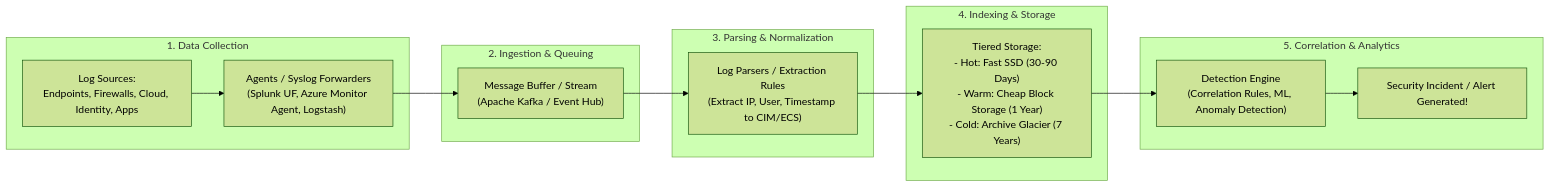
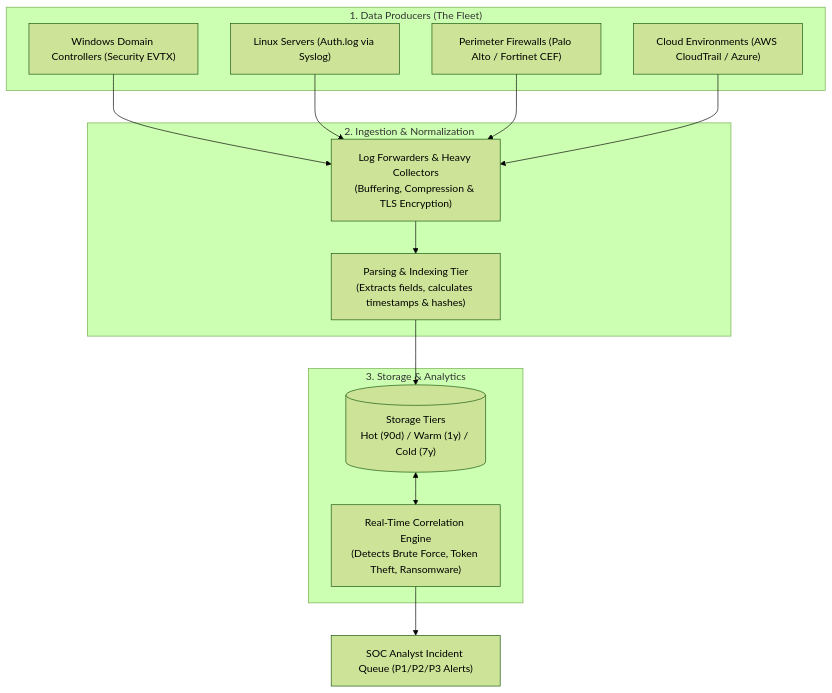
Before and after one commit to varunks04/CBS-Roleplay: the first of 2 diagrams in SOC/03_Technologies_and_Architectures/01_SIEM_Architecture_and_Data_Ingestion.md, drawn with Mermaid (forest theme). The commit also changed other lines of this file and 40 other files, not shown here.

````diff
--- a/SOC/03_Technologies_and_Architectures/01_SIEM_Architecture_and_Data_Ingestion.md
+++ b/SOC/03_Technologies_and_Architectures/01_SIEM_Architecture_and_Data_Ingestion.md
@@ -21,23 +29,21 @@
 ```mermaid
-flowchart LR
-    subgraph "1. Data Collection"
-        Sources["Log Sources:<br>Endpoints, Firewalls, Cloud, Identity, Apps"] --> Agents["Agents / Syslog Forwarders<br>(Splunk UF, Azure Monitor Agent, Logstash)"]
+flowchart TD
+    subgraph "1. Data Producers (The Fleet)"
+        S1["Windows Domain Controllers (Security EVTX)"]
+        S2["Linux Servers (Auth.log via Syslog)"]
+        S3["Perimeter Firewalls (Palo Alto / Fortinet CEF)"]
+        S4["Cloud Environments (AWS CloudTrail / Azure)"]
     end
 
-    subgraph "2. Ingestion & Queuing"
-        Agents --> Buffer["Message Buffer / Stream<br>(Apache Kafka / Event Hub)"]
+    subgraph "2. Ingestion & Normalization"
+        S1 & S2 & S3 & S4 --> Forwarders["Log Forwarders & Heavy Collectors<br/>(Buffering, Compression & TLS Encryption)"]
+        Forwarders --> Parser["Parsing & Indexing Tier<br/>(Extracts fields, calculates timestamps & hashes)"]
     end
 
-    subgraph "3. Parsing & Normalization"
-        Buffer --> Parser["Log Parsers / Extraction Rules<br>(Extract IP, User, Timestamp to CIM/ECS)"]
+    subgraph "3. Storage & Analytics"
+        Parser --> Storage[("Storage Tiers<br/>Hot (90d) / Warm (1y) / Cold (7y)")]
+        Storage <--> Correlation["Real-Time Correlation Engine<br/>(Detects Brute Force, Token Theft, Ransomware)"]
     end
 
-    subgraph "4. Indexing & Storage"
-        Parser --> Storage["Tiered Storage:<br>- Hot: Fast SSD (30-90 Days)<br>- Warm: Cheap Block Storage (1 Year)<br>- Cold: Archive Glacier (7 Years)"]
-    end
-
-    subgraph "5. Correlation & Analytics"
-        Storage --> Correlation["Detection Engine<br>(Correlation Rules, ML, Anomaly Detection)"]
-        Correlation --> Alert["Security Incident / Alert Generated!"]
-    end
+    Correlation --> Alert["SOC Analyst Incident Queue (P1/P2/P3 Alerts)"]
 ```
````
